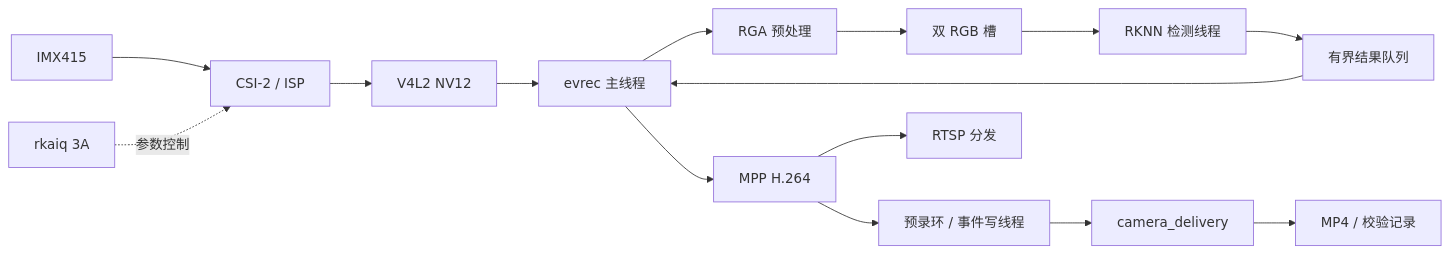
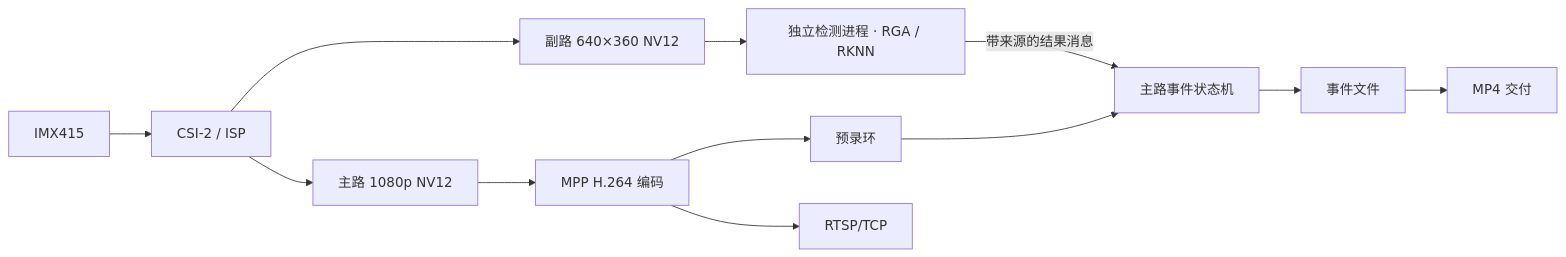
Before and after one commit to Ericsunny/rk3568-camera-driver: the diagram in README.md, drawn with Mermaid. The commit also changed other lines of this file and 42 other files, not shown here.

Commit message:
Release single-camera IMX415 entrance recording pipeline

````diff
--- a/README.md
+++ b/README.md
@@ -11,12 +5,12 @@
 ```mermaid
 flowchart LR
-    S[IMX415] --> C[CSI-2 / ISP] --> V[V4L2 NV12]
-    A[rkaiq 3A] -.参数控制.-> C
-    V --> M[evrec 主线程]
-    M --> R[RGA 预处理] --> Q[双 RGB 槽] --> N[RKNN 检测线程]
-    N --> F[有界结果队列] --> M
-    M --> E[MPP H.264]
-    E --> P[预录环 / 事件写线程]
-    E --> T[RTSP 分发]
-    P --> D[camera_delivery] --> MP[MP4 / 校验记录]
+  S[IMX415] --> ISP[CSI-2 / ISP]
+  ISP --> M[主路 1080p NV12]
+  ISP --> D[副路 640×360 NV12]
+  D --> W[独立检测进程 · RGA / RKNN]
+  W -->|带来源的结果消息| E[主路事件状态机]
+  M --> H[MPP H.264 编码]
+  H --> R[预录环] --> E
+  H --> T[RTSP/TCP]
+  E --> F[事件文件] --> MP[MP4 交付]
 ```
````
